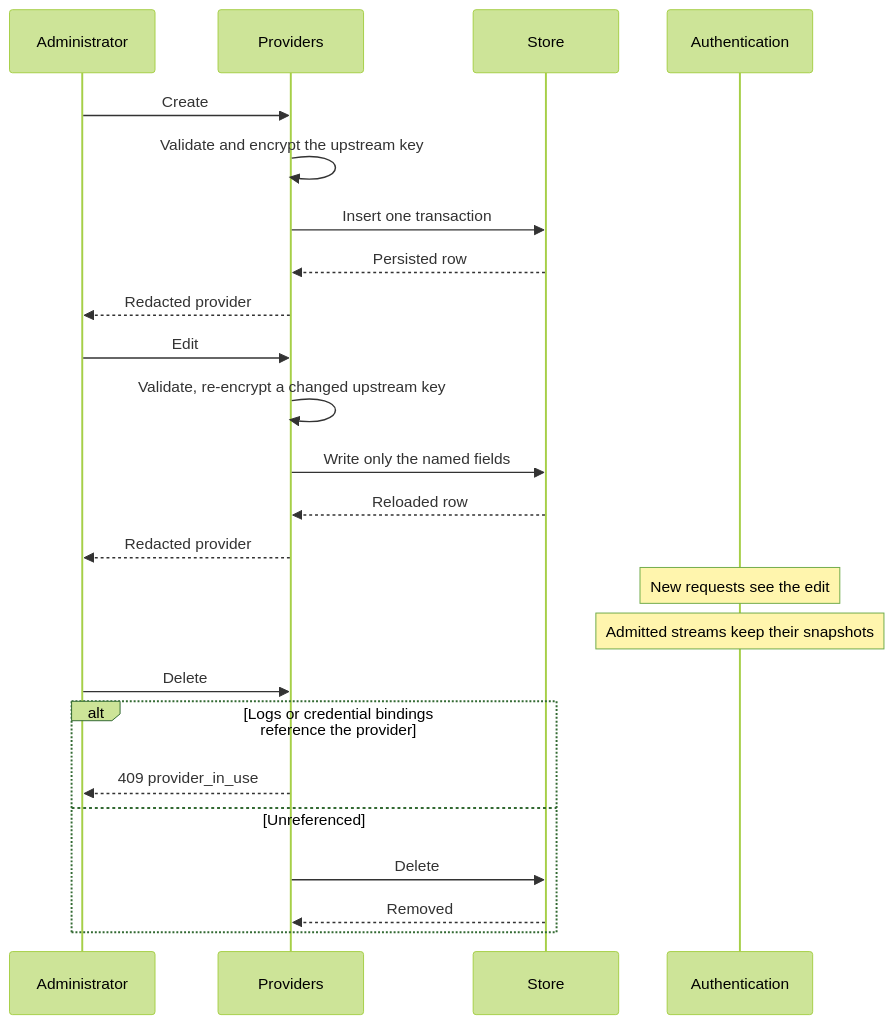
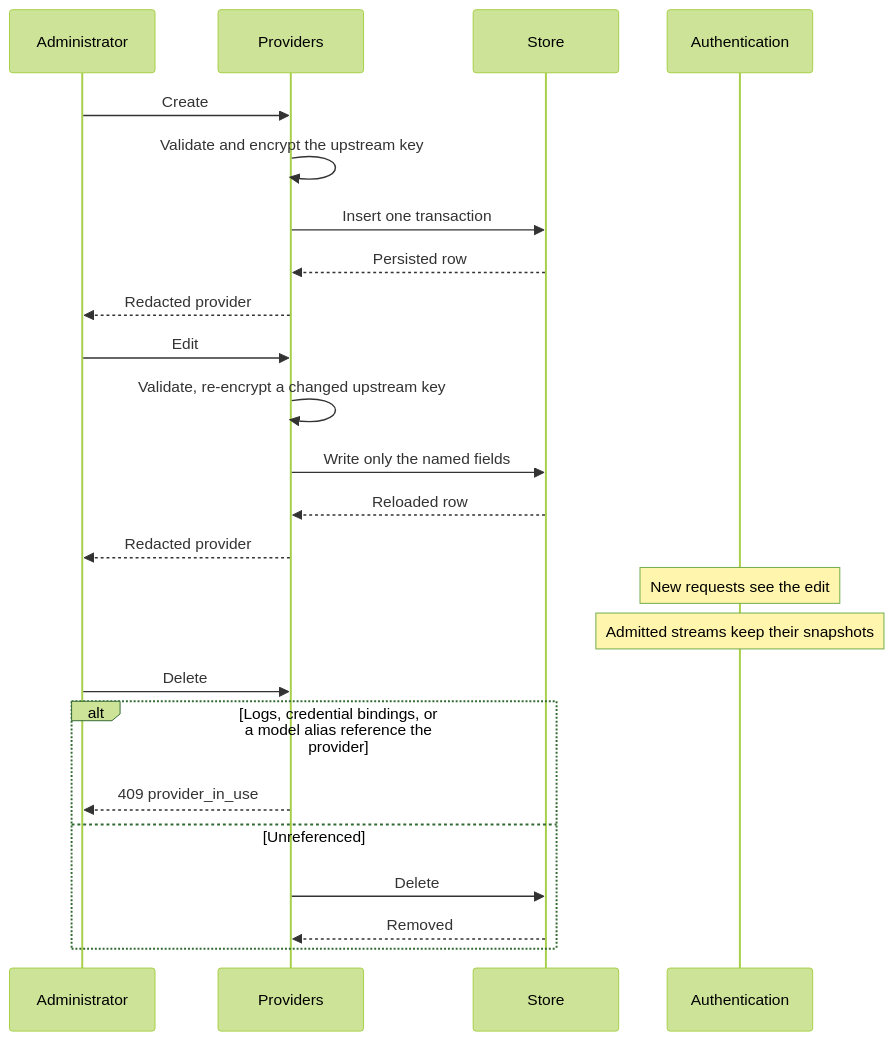
Before and after one commit to sequencestream/tokenstream: the diagram in doc/modules/providers.md, drawn with Mermaid (forest theme). The commit also changed 25 other files, not shown here.

First line of the commit message:
feat: give accounts durable model alias configuration

````diff
--- a/doc/modules/providers.md
+++ b/doc/modules/providers.md
@@ -21,29 +21,29 @@
 ```mermaid
 sequenceDiagram
     participant Admin as Administrator
     participant P as Providers
     participant Store as Store
     participant Auth as Authentication
 
     Admin->>P: Create
     P->>P: Validate and encrypt the upstream key
     P->>Store: Insert one transaction
     Store-->>P: Persisted row
     P-->>Admin: Redacted provider
 
     Admin->>P: Edit
     P->>P: Validate, re-encrypt a changed upstream key
     P->>Store: Write only the named fields
     Store-->>P: Reloaded row
     P-->>Admin: Redacted provider
     Note over Auth: New requests see the edit
     Note over Auth: Admitted streams keep their snapshots
 
     Admin->>P: Delete
-    alt Logs or credential bindings reference the provider
+    alt Logs, credential bindings, or a model alias reference the provider
         P-->>Admin: 409 provider_in_use
     else Unreferenced
         P->>Store: Delete
         Store-->>P: Removed
     end
 ```
````
